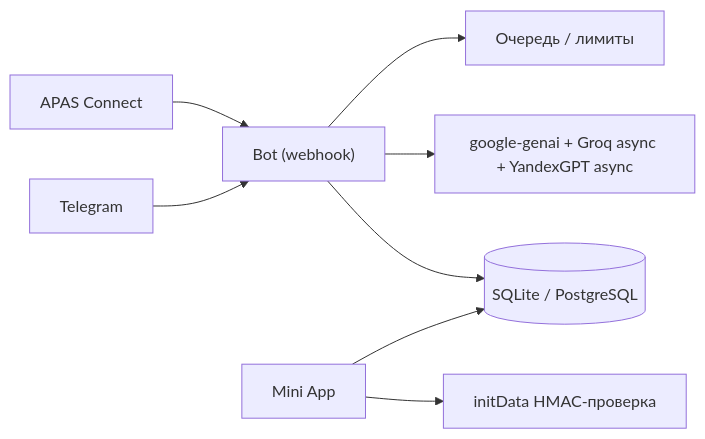
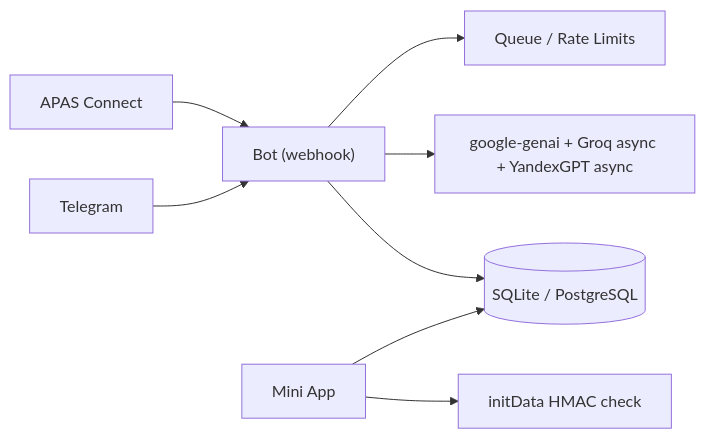
Before and after one commit to pavelrakcheev/APAS-Telegram-Bot: the third of 3 diagrams in docs/ARCHITECTURE.md, drawn with Mermaid. The commit also changed other lines of this file and 8 other files, not shown here.

````diff
--- a/docs/ARCHITECTURE.md
+++ b/docs/ARCHITECTURE.md
@@ -272,10 +284,10 @@
 ```mermaid
 flowchart LR
     U["Telegram"] --> B["Bot (webhook)"]
     B --> DB[("SQLite / PostgreSQL")]
     B --> AI["google-genai + Groq async + YandexGPT async"]
-    B --> Q["Очередь / лимиты"]
-    M["Mini App"] --> AUTH["initData HMAC-проверка"]
+    B --> Q["Queue / Rate Limits"]
+    M["Mini App"] --> AUTH["initData HMAC check"]
     M --> DB
     C["APAS Connect"] --> B
 ```
````
